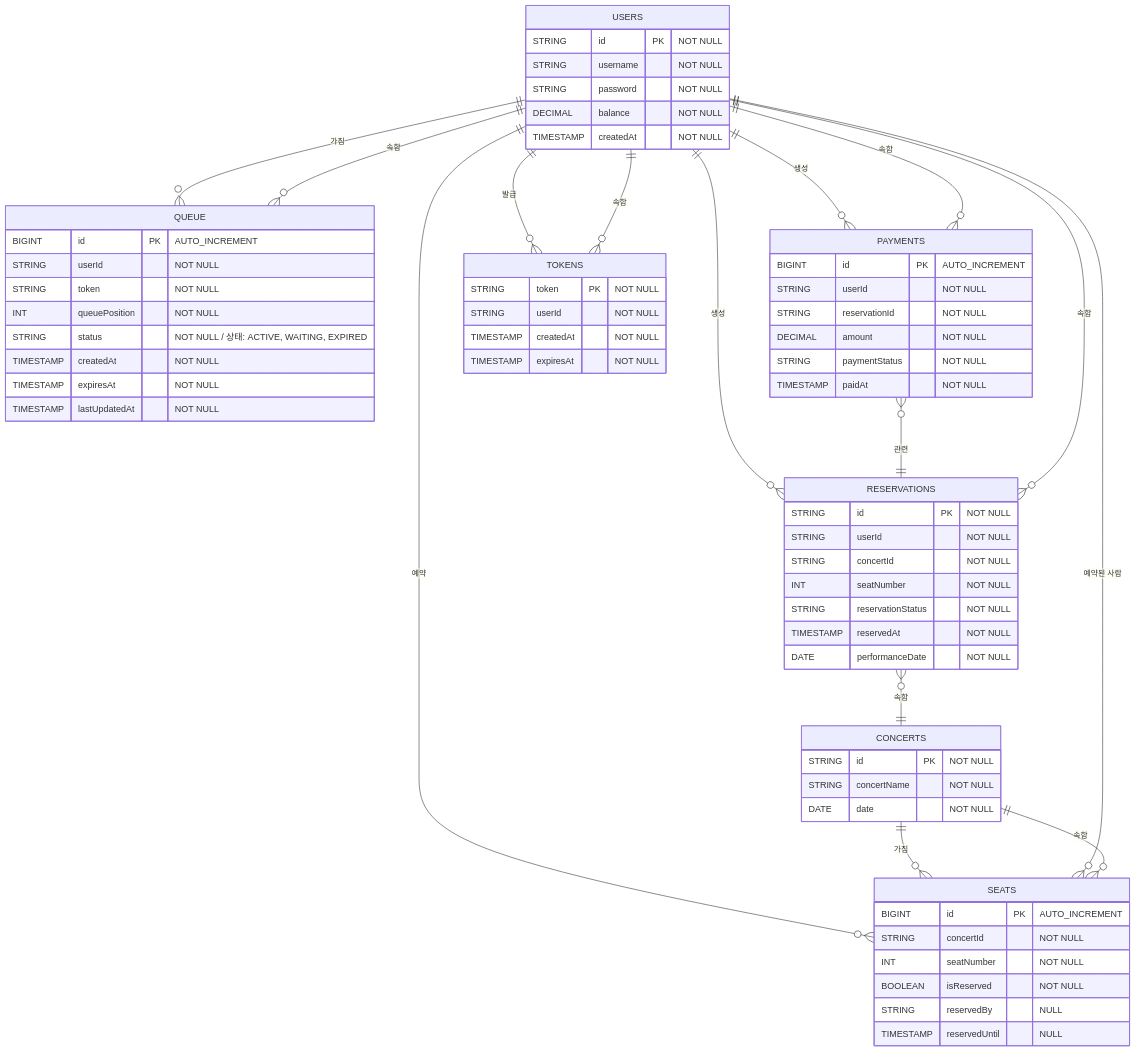
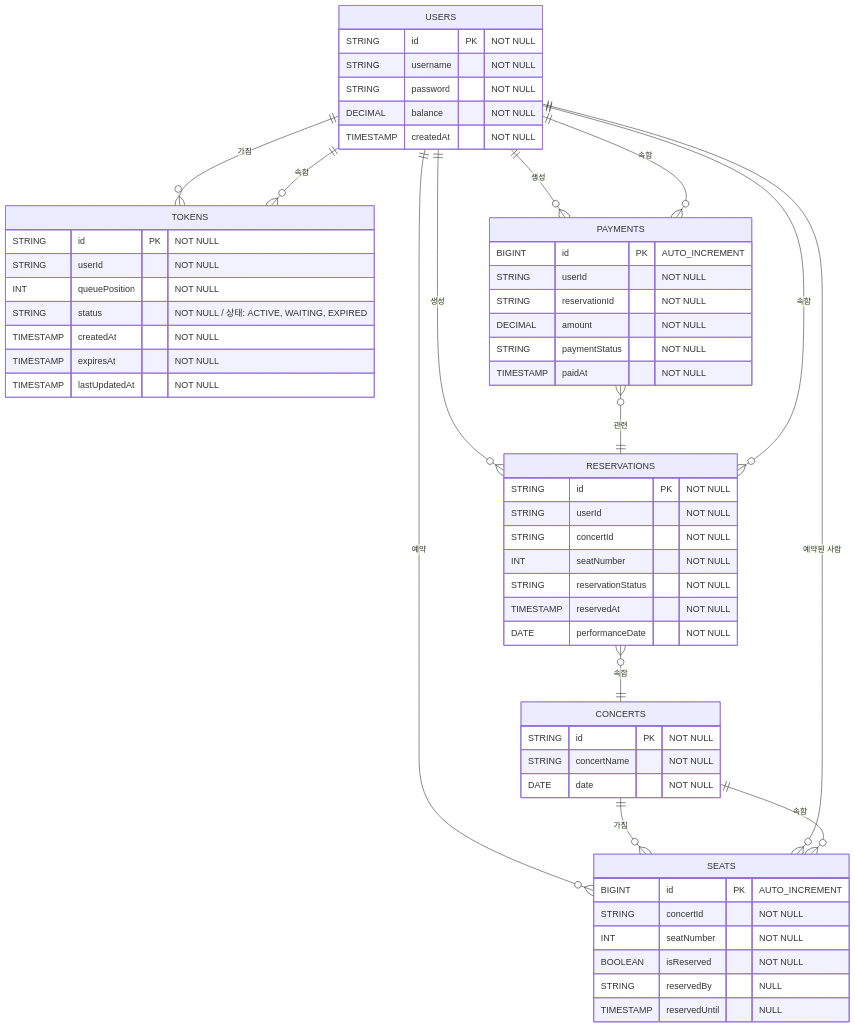
One commit to ghwoo93/hhplus-concert-3week changed the ninth of 10 diagrams in README.md. Above: the diagram before and after it, drawn with Mermaid. The commit also changed other lines of this file, not shown here.

````diff
--- a/README.md
+++ b/README.md
@@ -643,78 +617,68 @@
 ```mermaid
 erDiagram
     USERS {
         STRING id PK "NOT NULL"
         STRING username "NOT NULL"
         STRING password "NOT NULL"
         DECIMAL balance "NOT NULL"
         TIMESTAMP createdAt "NOT NULL"
     }
 
     CONCERTS {
         STRING id PK "NOT NULL"
         STRING concertName "NOT NULL"
         DATE date "NOT NULL"
     }
 
-    QUEUE {
-        BIGINT id PK "AUTO_INCREMENT"
+    TOKENS {
+        STRING id PK "NOT NULL"
         STRING userId "NOT NULL"
-        STRING token "NOT NULL"
         INT queuePosition "NOT NULL"
-        STRING status "NOT NULL / 상태: ACTIVE, WAITING, EXPIRED" 
+        STRING status "NOT NULL / 상태: ACTIVE, WAITING, EXPIRED"
         TIMESTAMP createdAt "NOT NULL"
         TIMESTAMP expiresAt "NOT NULL"
         TIMESTAMP lastUpdatedAt "NOT NULL"
     }
 
     SEATS {
         BIGINT id PK "AUTO_INCREMENT"
         STRING concertId "NOT NULL"
         INT seatNumber "NOT NULL"
         BOOLEAN isReserved "NOT NULL"
         STRING reservedBy "NULL"
         TIMESTAMP reservedUntil "NULL"
     }
 
     RESERVATIONS {
         STRING id PK "NOT NULL"
         STRING userId "NOT NULL"
         STRING concertId "NOT NULL"
         INT seatNumber "NOT NULL"
         STRING reservationStatus "NOT NULL"
         TIMESTAMP reservedAt "NOT NULL"
         DATE performanceDate "NOT NULL"
     }
 
     PAYMENTS {
         BIGINT id PK "AUTO_INCREMENT"
         STRING userId "NOT NULL"
         STRING reservationId "NOT NULL"
         DECIMAL amount "NOT NULL"
         STRING paymentStatus "NOT NULL"
         TIMESTAMP paidAt "NOT NULL"
     }
 
-    TOKENS {
-        STRING token PK "NOT NULL"
-        STRING userId "NOT NULL"
-        TIMESTAMP createdAt "NOT NULL"
-        TIMESTAMP expiresAt "NOT NULL"
-    }
-
-    USERS ||--o{ QUEUE : "가짐"
+    USERS ||--o{ TOKENS : "가짐"
     USERS ||--o{ RESERVATIONS : "생성"
     USERS ||--o{ PAYMENTS : "생성"
     USERS ||--o{ SEATS : "예약"
-    USERS ||--o{ TOKENS : "발급"
 
     CONCERTS ||--o{ SEATS : "가짐"
-    QUEUE }o--|| USERS : "속함"
     TOKENS }o--|| USERS : "속함"
     SEATS }o--|| USERS : "예약된 사람"
     SEATS }o--|| CONCERTS : "속함"
     RESERVATIONS }o--|| USERS : "속함"
     RESERVATIONS }o--|| CONCERTS : "속함"
     PAYMENTS }o--|| USERS : "속함"
     PAYMENTS }o--|| RESERVATIONS : "관련"
 ```
````
